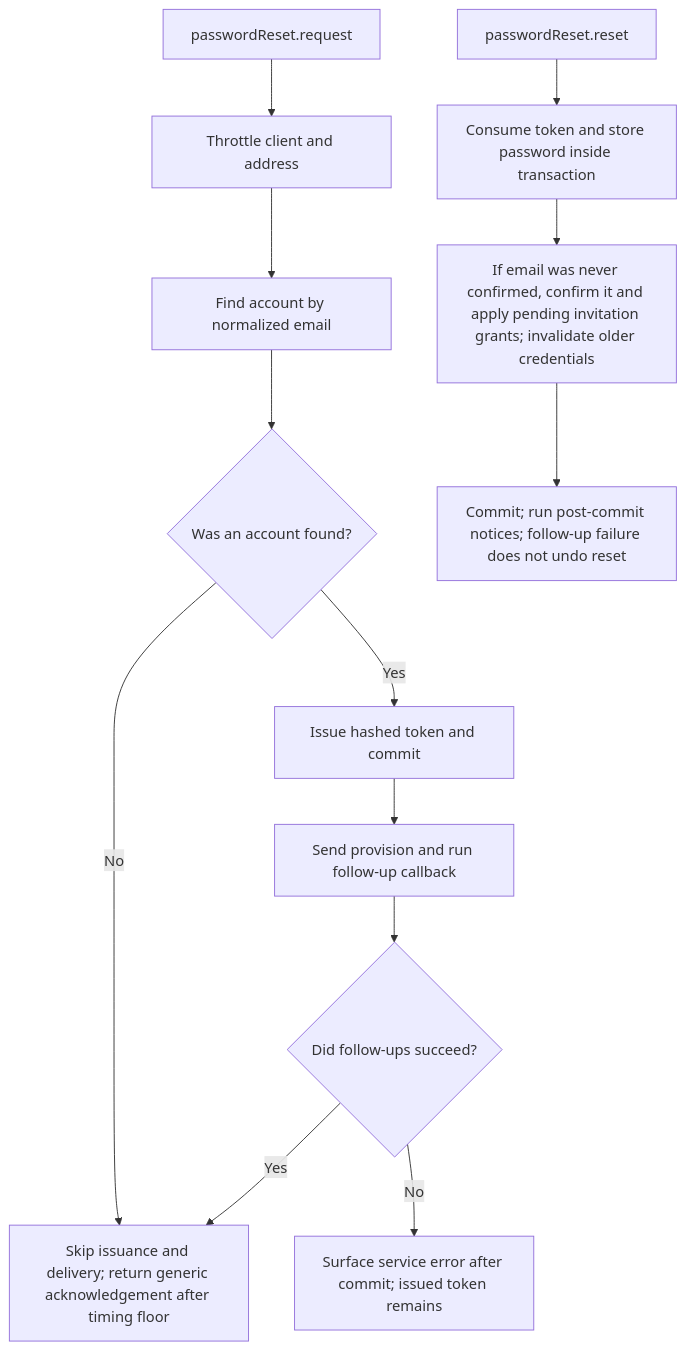
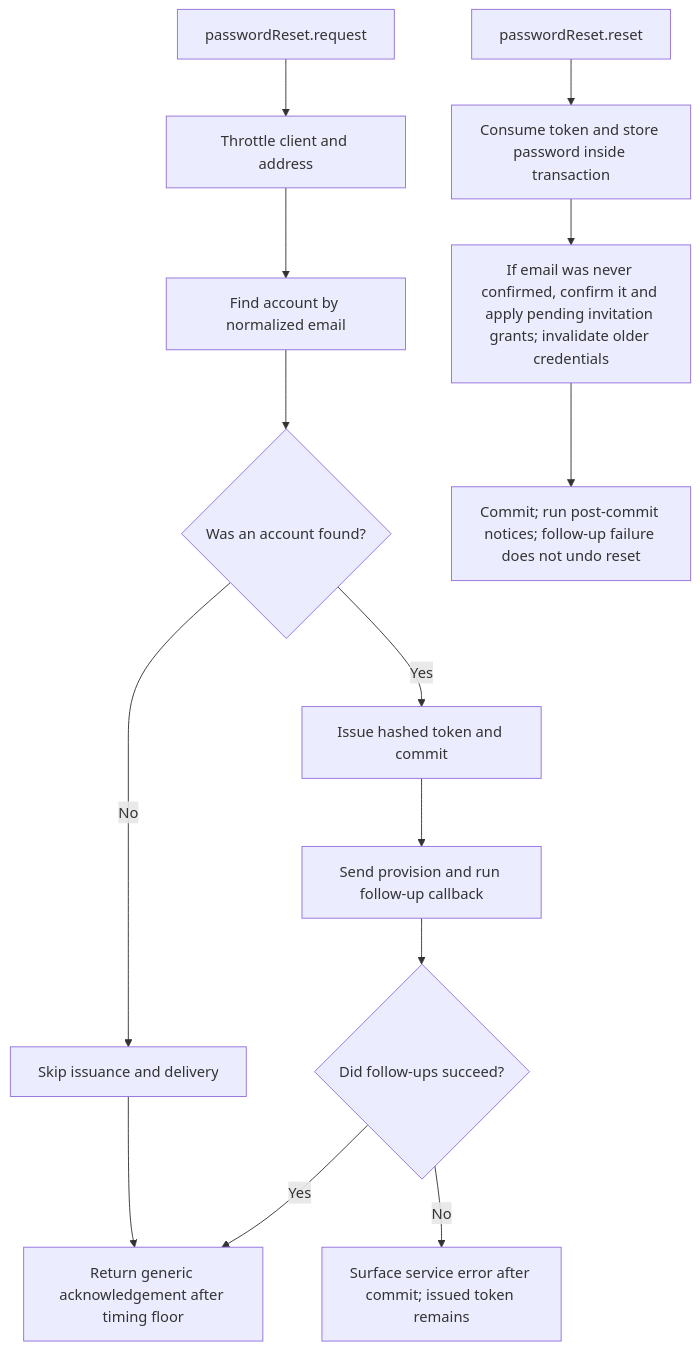
The second of 2 diagrams in user-stories/US-ACCOUNT-01-recover-password.md (Kevinjohn/oss-adonisjs-account-kit), drawn with Mermaid before and after one commit.

Commit message:
docs: separate recovery issuance from acknowledgement

````diff
--- a/user-stories/US-ACCOUNT-01-recover-password.md
+++ b/user-stories/US-ACCOUNT-01-recover-password.md
@@ -38,15 +38,16 @@
 ```mermaid
 flowchart TD
  REQ["passwordReset.request"] --> REQ_THROTTLE["Throttle client and address"]
  REQ_THROTTLE --> REQ_LOOKUP["Find account by normalized email"]
  REQ_LOOKUP --> REQ_KNOWN{"Was an account found?"}
- REQ_KNOWN -->|No| REQ_ACK["Skip issuance and delivery; return generic acknowledgement after timing floor"]
+ REQ_KNOWN -->|No| REQ_SKIP["Skip issuance and delivery"]
+ REQ_SKIP --> REQ_ACK["Return generic acknowledgement after timing floor"]
  REQ_KNOWN -->|Yes| REQ_ISSUE["Issue hashed token and commit"]
  REQ_ISSUE --> REQ_FOLLOW["Send provision and run follow-up callback"]
  REQ_FOLLOW --> REQ_OK{"Did follow-ups succeed?"}
  REQ_OK -->|Yes| REQ_ACK
  REQ_OK -->|No| REQ_ERROR["Surface service error after commit; issued token remains"]
  D["passwordReset.reset"] --> E["Consume token and store password inside transaction"]
  E --> F["If email was never confirmed, confirm it and apply pending invitation grants; invalidate older credentials"]
  F --> G["Commit; run post-commit notices; follow-up failure does not undo reset"]
 ```
````
